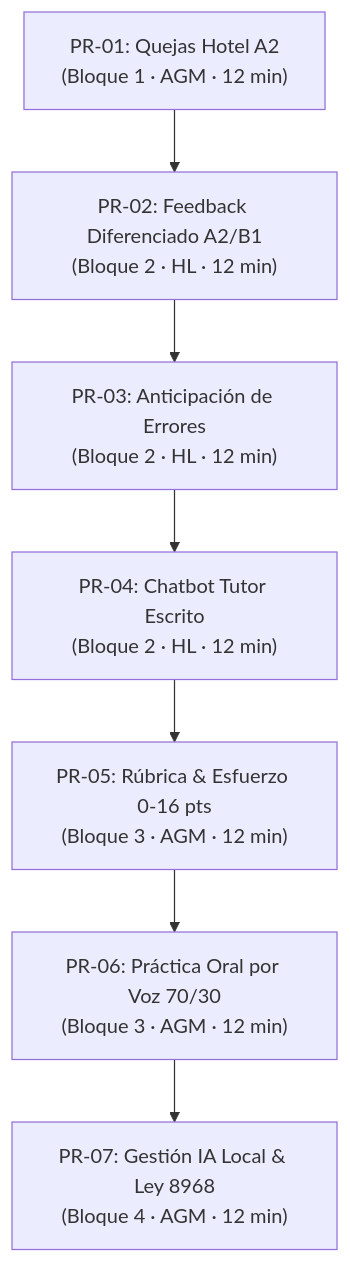
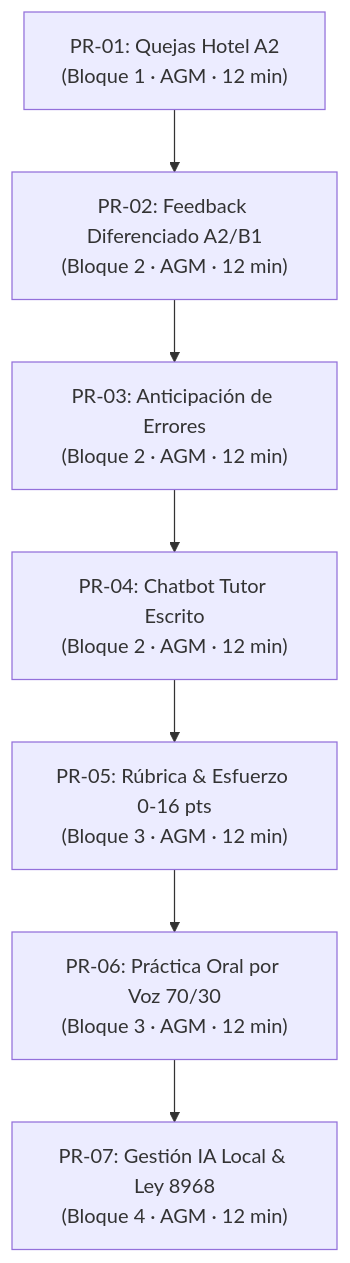
The second of 2 diagrams in master_control.md (agmelendez/team_up_2_Level_Up_IA), drawn with Mermaid before and after one commit. The commit also changed other lines of this file and 24 other files, not shown here.

````diff
--- a/master_control.md
+++ b/master_control.md
@@ -141,12 +140,12 @@
 ```mermaid
 graph TD
     PR1["PR-01: Quejas Hotel A2<br>(Bloque 1 · AGM · 12 min)"]
-    PR2["PR-02: Feedback Diferenciado A2/B1<br>(Bloque 2 · HL · 12 min)"]
-    PR3["PR-03: Anticipación de Errores<br>(Bloque 2 · HL · 12 min)"]
-    PR4["PR-04: Chatbot Tutor Escrito<br>(Bloque 2 · HL · 12 min)"]
+    PR2["PR-02: Feedback Diferenciado A2/B1<br>(Bloque 2 · AGM · 12 min)"]
+    PR3["PR-03: Anticipación de Errores<br>(Bloque 2 · AGM · 12 min)"]
+    PR4["PR-04: Chatbot Tutor Escrito<br>(Bloque 2 · AGM · 12 min)"]
     PR5["PR-05: Rúbrica & Esfuerzo 0-16 pts<br>(Bloque 3 · AGM · 12 min)"]
     PR6["PR-06: Práctica Oral por Voz 70/30<br>(Bloque 3 · AGM · 12 min)"]
     PR7["PR-07: Gestión IA Local & Ley 8968<br>(Bloque 4 · AGM · 12 min)"]
 
     PR1 --> PR2 --> PR3 --> PR4 --> PR5 --> PR6 --> PR7
 ```
````
